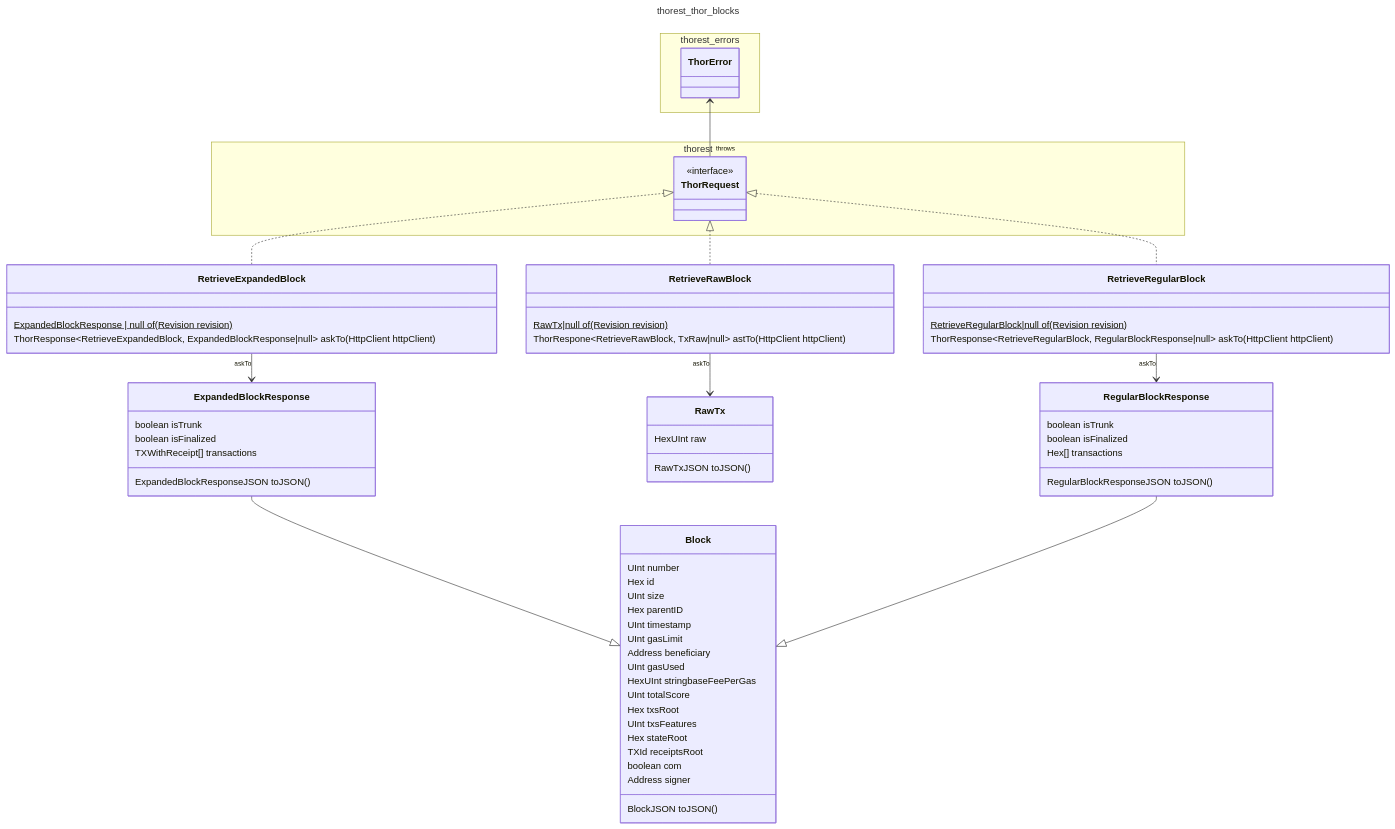
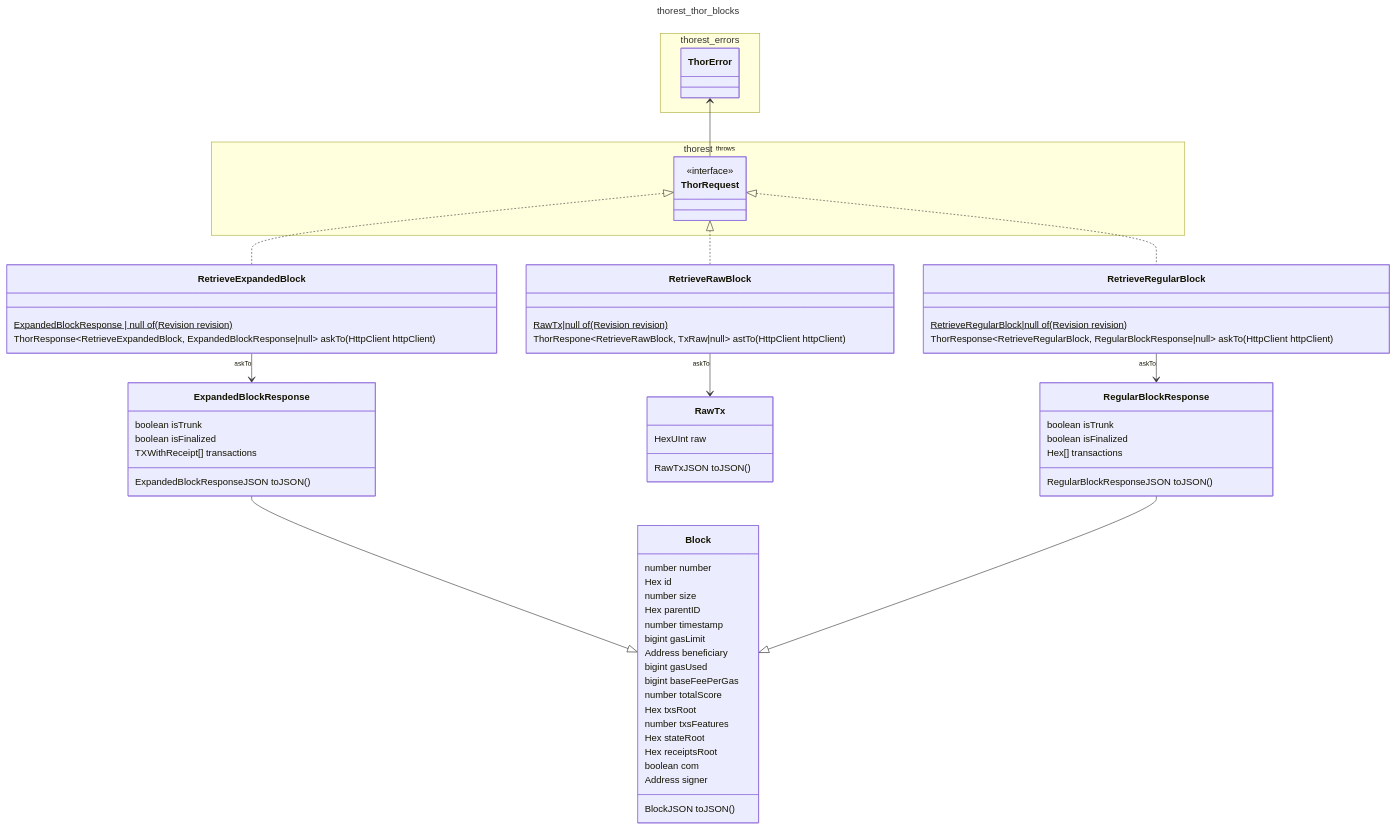
Before and after one commit to vechain/vechain-sdk-js: the diagram in docs/thorest/thor/blocks/blocks.mmd, drawn with Mermaid. The commit also changed 8 other files, not shown here.

```diff
--- a/docs/thorest/thor/blocks/blocks.mmd
+++ b/docs/thorest/thor/blocks/blocks.mmd
@@ -1,68 +1,68 @@
 ---
 title: thorest_thor_blocks
 ---
 classDiagram
     namespace thorest {
         class ThorRequest {
             <<interface>>
         }
     }
     namespace thorest_errors {
         class ThorError
     }
     class Block {
-        UInt number
+        number number
         Hex id
-        UInt size
+        number size
         Hex parentID
-        UInt timestamp
-        UInt gasLimit
+        number timestamp
+        bigint gasLimit
         Address beneficiary
-        UInt gasUsed
-        HexUInt stringbaseFeePerGas
-        UInt totalScore
+        bigint gasUsed
+        bigint baseFeePerGas
+        number totalScore
         Hex txsRoot
-        UInt txsFeatures
+        number txsFeatures
         Hex stateRoot
-        TXId receiptsRoot
+        Hex receiptsRoot
         boolean com
         Address signer
         BlockJSON toJSON()
     }
     class ExpandedBlockResponse {
         boolean isTrunk
         boolean isFinalized
         TXWithReceipt[] transactions
         ExpandedBlockResponseJSON toJSON()
     }
     class RawTx {
         HexUInt raw
         RawTxJSON toJSON()
     }
     class RegularBlockResponse {
         boolean isTrunk
         boolean isFinalized
         Hex[]  transactions
         RegularBlockResponseJSON toJSON()
     }
     class RetrieveExpandedBlock {
         ExpandedBlockResponse | null of(Revision revision)$
         ThorResponse~RetrieveExpandedBlock, ExpandedBlockResponse|null~ askTo(HttpClient httpClient)
     }
     class RetrieveRawBlock {
         RawTx|null of(Revision revision)$
         ThorRespone~RetrieveRawBlock, TxRaw|null~ astTo(HttpClient httpClient)
     }
     class RetrieveRegularBlock {
         RetrieveRegularBlock|null of(Revision revision)$
         ThorResponse~RetrieveRegularBlock, RegularBlockResponse|null~ askTo(HttpClient httpClient)
     }
     ThorRequest <|.. RetrieveExpandedBlock
     ThorRequest <|.. RetrieveRawBlock
     ThorRequest <|.. RetrieveRegularBlock
     ExpandedBlockResponse --|> Block
     RegularBlockResponse --|> Block
     RetrieveExpandedBlock "askTo" --> ExpandedBlockResponse
     RetrieveRawBlock "askTo" --> RawTx
     RetrieveRegularBlock "askTo" --> RegularBlockResponse
     ThorError <-- "throws" ThorRequest
```
